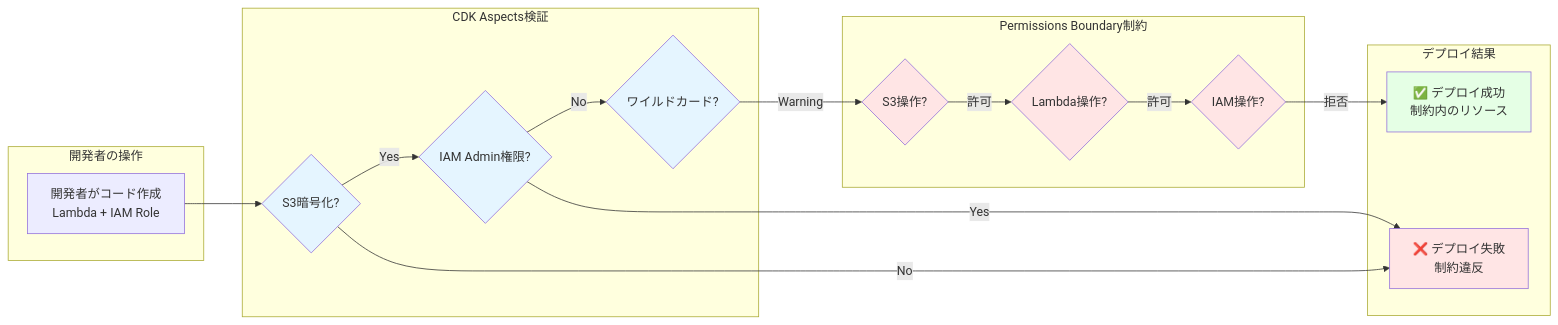
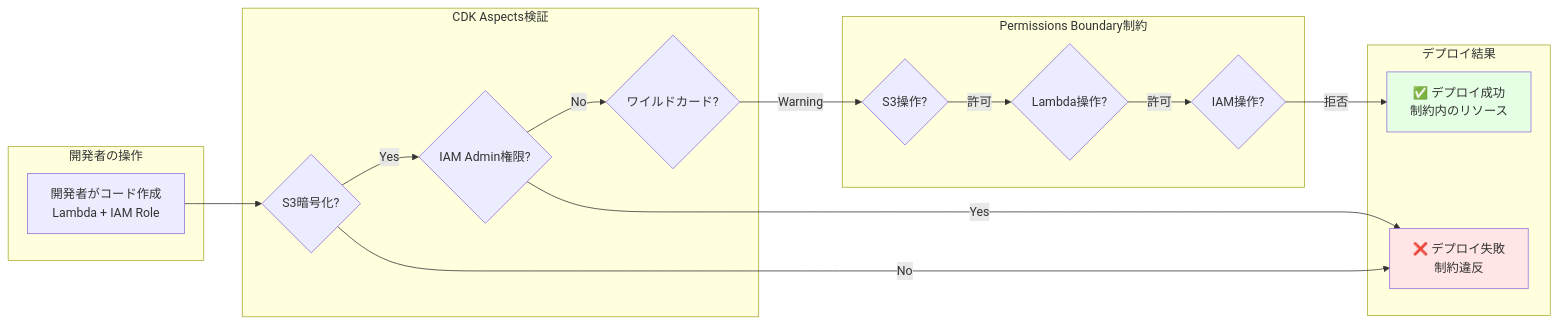
One commit to goataka/cdk-with-permissions-boundary changed the third of 3 diagrams in SECURITY_FEATURES.md. Above: the diagram before and after it, drawn with Mermaid. The commit also changed other lines of this file, not shown here.

Commit message:
Fix Mermaid rendering errors: remove subgraph styling and decision node styling

````diff
--- a/SECURITY_FEATURES.md
+++ b/SECURITY_FEATURES.md
@@ -181,43 +180,37 @@
 ```mermaid
 graph LR
     subgraph "開発者の操作"
         DevCode[開発者がコード作成<br/>Lambda + IAM Role]
     end
     
     subgraph "CDK Aspects検証"
-        AspectCheck1{S3暗号化?}
-        AspectCheck2{IAM Admin権限?}
-        AspectCheck3{ワイルドカード?}
+        AspectCheck1{"S3暗号化?"}
+        AspectCheck2{"IAM Admin権限?"}
+        AspectCheck3{"ワイルドカード?"}
     end
     
     subgraph "Permissions Boundary制約"
-        PBCheck1{S3操作?}
-        PBCheck2{Lambda操作?}
-        PBCheck3{IAM操作?}
+        PBCheck1{"S3操作?"}
+        PBCheck2{"Lambda操作?"}
+        PBCheck3{"IAM操作?"}
     end
     
     subgraph "デプロイ結果"
         Deploy[✅ デプロイ成功<br/>制約内のリソース]
         Error[❌ デプロイ失敗<br/>制約違反]
     end
     
     DevCode --> AspectCheck1
     AspectCheck1 -->|Yes| AspectCheck2
     AspectCheck1 -->|No| Error
     AspectCheck2 -->|No| AspectCheck3
     AspectCheck2 -->|Yes| Error
     AspectCheck3 -->|Warning| PBCheck1
     
     PBCheck1 -->|許可| PBCheck2
     PBCheck2 -->|許可| PBCheck3
     PBCheck3 -->|拒否| Deploy
     
     style Deploy fill:#E5FFE5
     style Error fill:#FFE5E5
-    style AspectCheck1 fill:#E5F5FF
-    style AspectCheck2 fill:#E5F5FF
-    style AspectCheck3 fill:#E5F5FF
-    style PBCheck1 fill:#FFE5E5
-    style PBCheck2 fill:#FFE5E5
-    style PBCheck3 fill:#FFE5E5
 ```
````
